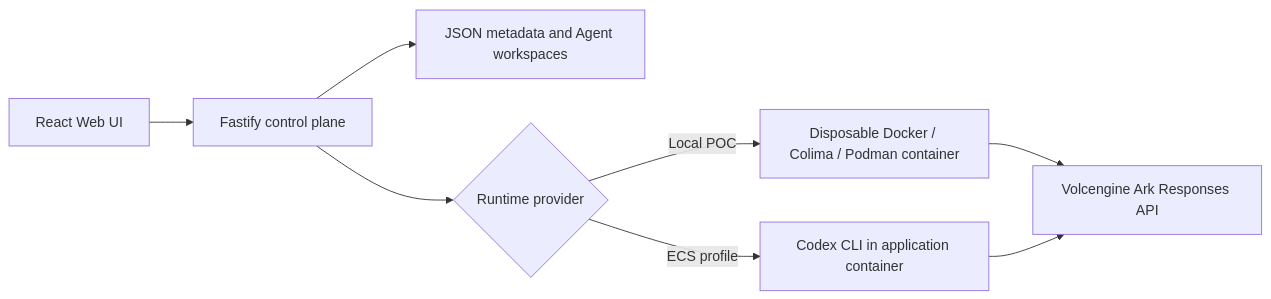
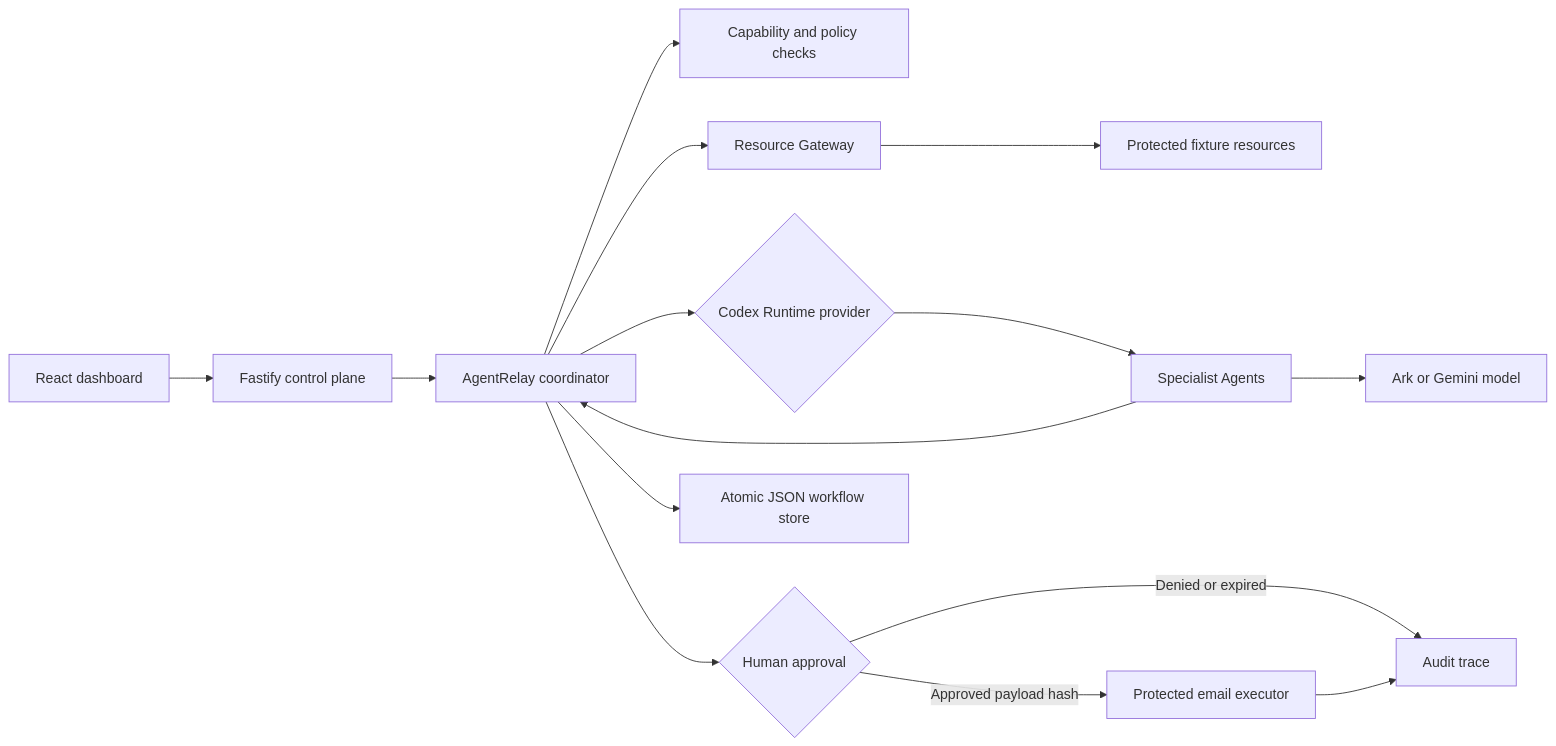
The diagram in README.md (Riddhima-jain/latent-five-agentrelay), drawn with Mermaid before and after one commit. The commit also changed other lines of this file and 7 other files, not shown here.

````diff
--- a/README.md
+++ b/README.md
@@ -288,10 +288,17 @@
 ```mermaid
 flowchart LR
-    UI["React Web UI"] --> API["Fastify control plane"]
-    API --> Store["JSON metadata and Agent workspaces"]
-    API --> Runtime{"Runtime provider"}
-    Runtime -->|Local POC| Container["Disposable Docker / Colima / Podman container"]
-    Runtime -->|ECS profile| Codex["Codex CLI in application container"]
-    Container --> Ark["Volcengine Ark Responses API"]
-    Codex --> Ark
+    UI["React dashboard"] --> API["Fastify control plane"]
+    API --> Coordinator["AgentRelay coordinator"]
+    Coordinator --> Policy["Capability and policy checks"]
+    Coordinator --> Gateway["Resource Gateway"]
+    Coordinator --> Runtime{"Codex Runtime provider"}
+    Gateway --> Fixtures["Protected fixture resources"]
+    Runtime --> Agents["Specialist Agents"]
+    Agents --> Model["Ark or Gemini model"]
+    Agents --> Coordinator
+    Coordinator --> Approval{"Human approval"}
+    Approval -->|Approved payload hash| Executor["Protected email executor"]
+    Approval -->|Denied or expired| Trace["Audit trace"]
+    Executor --> Trace
+    Coordinator --> Store["Atomic JSON workflow store"]
 ```
````
